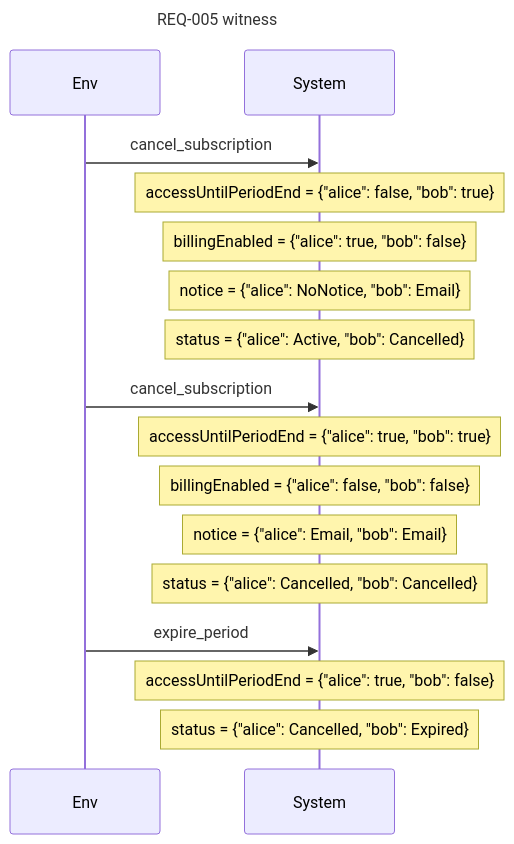
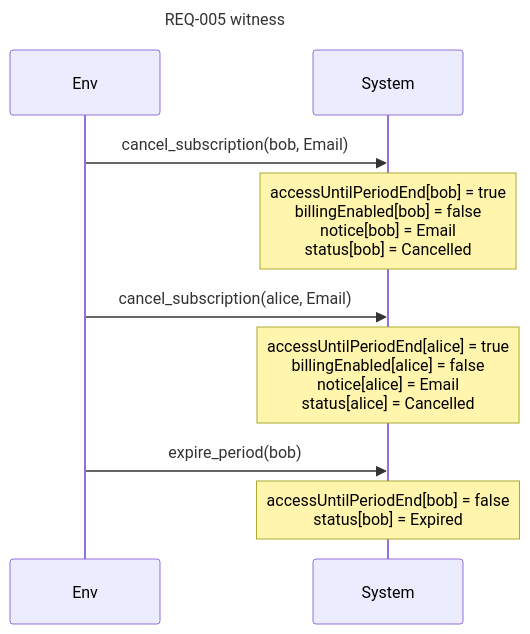
One commit to AlesKracik/quintessence changed the eighth of 10 diagrams in examples/specs/subscription.readback.md. Above: the diagram before and after it, drawn with Mermaid. The commit also changed other lines of this file and 17 other files, not shown here.

````diff
--- a/examples/specs/subscription.readback.md
+++ b/examples/specs/subscription.readback.md
@@ -448,19 +461,12 @@
 ```mermaid
 sequenceDiagram
     title REQ-005 witness
     participant E as Env
     participant S as System
-    E->>S: cancel_subscription
-    Note over S: accessUntilPeriodEnd = {"alice": false, "bob": true}
-    Note over S: billingEnabled = {"alice": true, "bob": false}
-    Note over S: notice = {"alice": NoNotice, "bob": Email}
-    Note over S: status = {"alice": Active, "bob": Cancelled}
-    E->>S: cancel_subscription
-    Note over S: accessUntilPeriodEnd = {"alice": true, "bob": true}
-    Note over S: billingEnabled = {"alice": false, "bob": false}
-    Note over S: notice = {"alice": Email, "bob": Email}
-    Note over S: status = {"alice": Cancelled, "bob": Cancelled}
-    E->>S: expire_period
-    Note over S: accessUntilPeriodEnd = {"alice": true, "bob": false}
-    Note over S: status = {"alice": Cancelled, "bob": Expired}
+    E->>S: cancel_subscription(bob, Email)
+    Note over S: accessUntilPeriodEnd[bob] = true<br/>billingEnabled[bob] = false<br/>notice[bob] = Email<br/>status[bob] = Cancelled
+    E->>S: cancel_subscription(alice, Email)
+    Note over S: accessUntilPeriodEnd[alice] = true<br/>billingEnabled[alice] = false<br/>notice[alice] = Email<br/>status[alice] = Cancelled
+    E->>S: expire_period(bob)
+    Note over S: accessUntilPeriodEnd[bob] = false<br/>status[bob] = Expired
 ```
````
